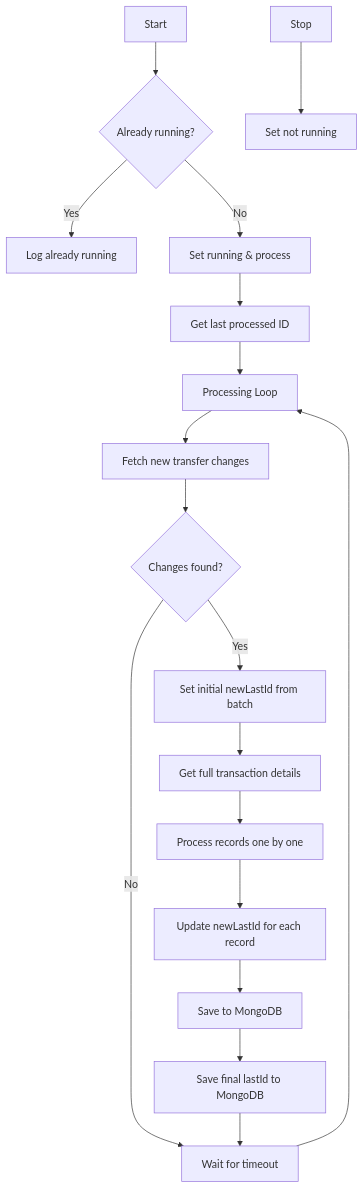
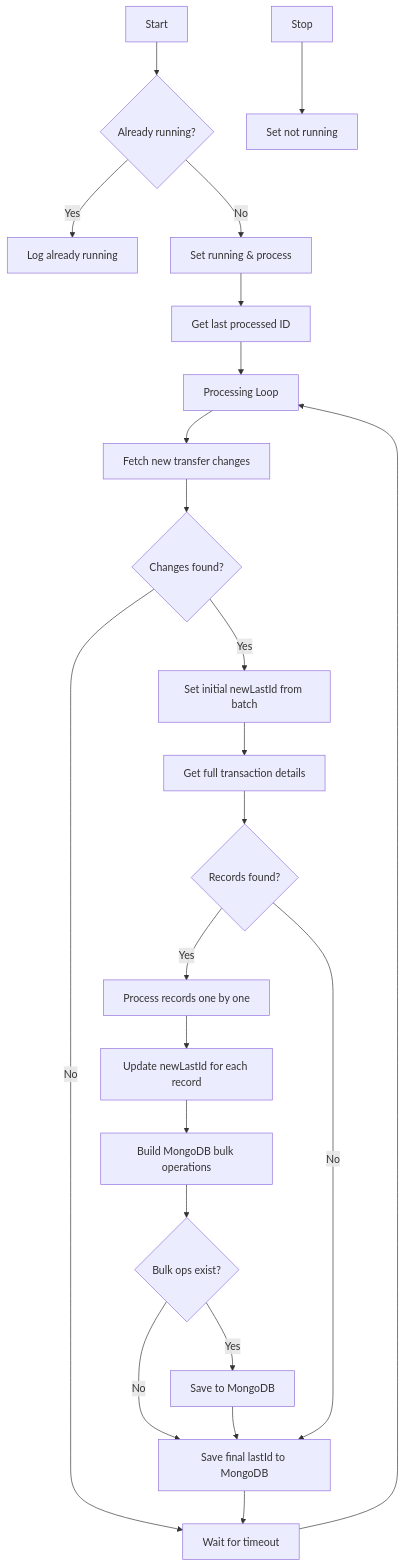
Before and after one commit to mojaloop/reporting-aggregator-svc: the diagram in docs/TransferAggregator.md, drawn with Mermaid. The commit also changed other lines of this file, not shown here.

Commit message:
update the transfer aggregator

````diff
--- a/docs/TransferAggregator.md
+++ b/docs/TransferAggregator.md
@@ -3,25 +3,32 @@
 ```mermaid
 flowchart TD
     Start[Start] --> Check{Already running?}
     Check -->|Yes| LogRunning[Log already running]
     Check -->|No| Run[Set running & process]
     
     Run --> GetLastId[Get last processed ID]
     GetLastId --> ProcessLoop[Processing Loop]
     
     ProcessLoop --> FetchChanges[Fetch new transfer changes]
     FetchChanges --> HasChanges{Changes found?}
     
     HasChanges -->|No| Wait[Wait for timeout]
     Wait --> ProcessLoop
     
     HasChanges -->|Yes| SetInitialLastId[Set initial newLastId from batch]
     SetInitialLastId --> FetchDetails[Get full transaction details]
-    FetchDetails --> ProcessRecords[Process records one by one]
+    FetchDetails --> RecordsFound{Records found?}
+    
+    RecordsFound -->|Yes| ProcessRecords[Process records one by one]
     ProcessRecords --> UpdateLastId[Update newLastId for each record]
-    UpdateLastId --> SaveToMongo[Save to MongoDB]
-    SaveToMongo --> UpdateState[Save final lastId to MongoDB]
+    UpdateLastId --> BuildBulkOps[Build MongoDB bulk operations]
+    BuildBulkOps --> BulkOpsExist{Bulk ops exist?}
+    BulkOpsExist -->|Yes| SaveToMongo[Save to MongoDB]
+    BulkOpsExist -->|No| UpdateState[Save final lastId to MongoDB]
+    SaveToMongo --> UpdateState
+    
+    RecordsFound -->|No| UpdateState
     UpdateState --> Wait
     
     Stop[Stop] --> SetStopped[Set not running]
 ```
````
